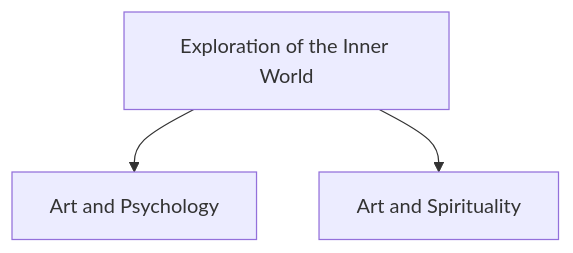
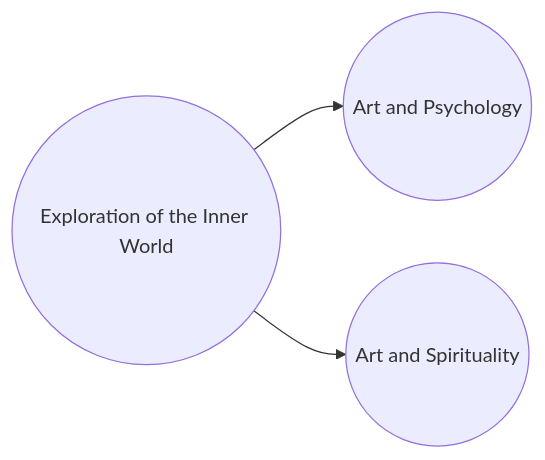
The third of 3 diagrams in EN/work-diagram.md (EGGS-Artesvisuales/EGGS-Artesvisuales.github.io), drawn with Mermaid before and after one commit. The commit also changed other lines of this file and 16 other files, not shown here.

Commit message:
Fix existing Mermaid links

```diff
--- a/EN/work-diagram.md
+++ b/EN/work-diagram.md
@@ -125,9 +166,12 @@
 <div class="mermaid">
-  graph TD
-    C[Exploration of the Inner World] --> C1[Art and Psychology]
-    C --> C2[Art and Spirituality]
+graph LR
+  C((Exploration of the Inner World)) --> C1((Art and Psychology))
+  C --> C2((Art and Spirituality))
 
-    click C "/inner-world.html" "Go to Exploration of the Inner World"
-    click C1 "/art-and-psychology.html" "Go to Art and Psychology"
-    click C2 "/art-and-spirituality.html" "Go to Art and Spirituality"
+  %% Existing links
+  click C "/EN/inner-world.html" "Go to Exploration of the Inner World"
+
+  %% Not yet existing -> under construction
+  click C1 "/EN/under-construction.html" "Under construction"
+  click C2 "/EN/under-construction.html" "Under construction"
 </div>
```
